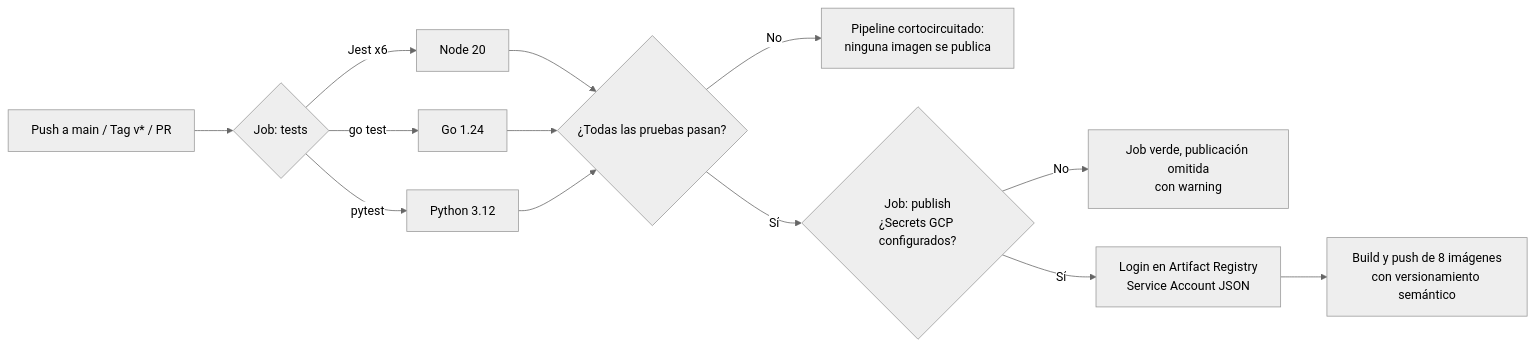
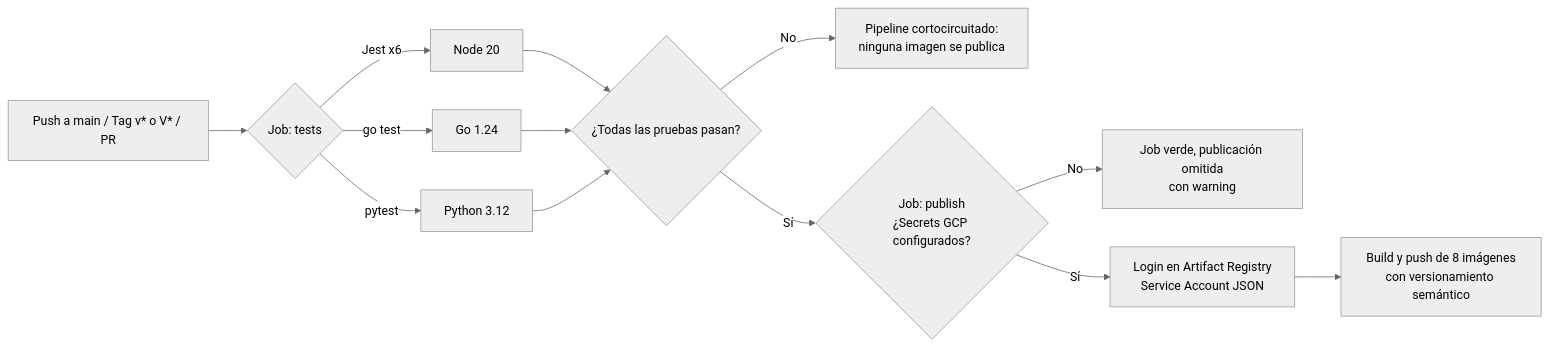
Before and after one commit to thanya-gate/SA_PROYECTO_202307691: the diagram in Documentacion/CI_CD.md, drawn with Mermaid (neutral theme). The commit also changed other lines of this file and 1 other file, not shown here.

Commit message:
feat(ci-cd): support both 'v*' and 'V*' tag conventions for releases

````diff
--- a/Documentacion/CI_CD.md
+++ b/Documentacion/CI_CD.md
@@ -22,15 +22,15 @@
 ```mermaid
 flowchart LR
-    A[Push a main / Tag v* / PR] --> B{Job: tests}
+    A[Push a main / Tag v* o V* / PR] --> B{Job: tests}
     B -->|Jest x6| C[Node 20]
     B -->|go test| D[Go 1.24]
     B -->|pytest| E[Python 3.12]
     C --> F{¿Todas las pruebas pasan?}
     D --> F
     E --> F
     F -->|No| G[Pipeline cortocircuitado:\nninguna imagen se publica]
     F -->|Sí| H{Job: publish\n¿Secrets GCP configurados?}
     H -->|No| I[Job verde, publicación omitida\ncon warning]
     H -->|Sí| J[Login en Artifact Registry\nService Account JSON]
     J --> K[Build y push de 8 imágenes\ncon versionamiento semántico]
 ```
````
